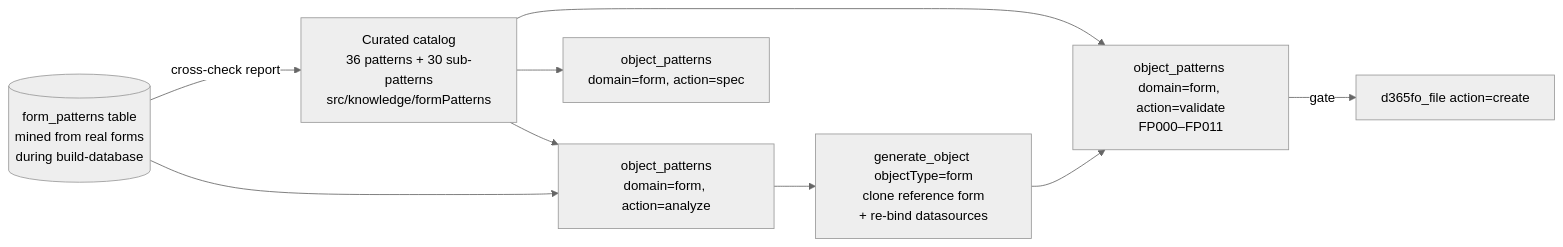
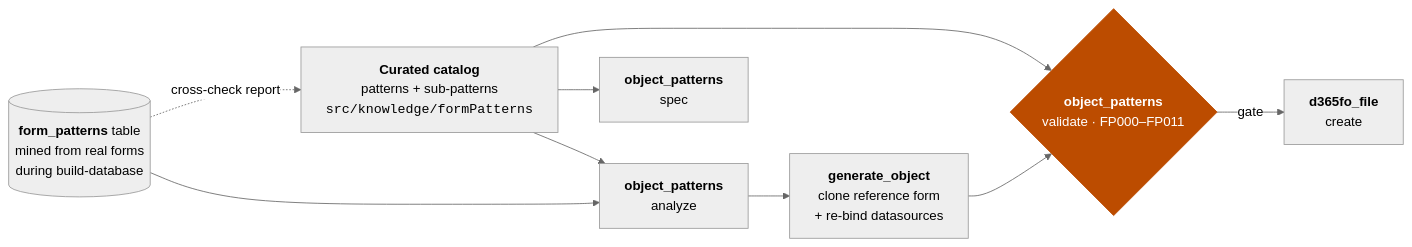
The fourth of 7 diagrams in docs/ARCHITECTURE.md (dynamics365ninja/d365fo-mcp-server), drawn with Mermaid (neutral theme) before and after one commit. The commit also changed other lines of this file and 24 other files, not shown here.

First line of the commit message:
docs: rework README and docs layout, redraw broken diagrams

````diff
--- a/docs/ARCHITECTURE.md
+++ b/docs/ARCHITECTURE.md
@@ -104,11 +148,19 @@
 ```mermaid
 flowchart LR
-    CAT["Curated catalog\n36 patterns + 30 sub-patterns\nsrc/knowledge/formPatterns"] --> ADV[object_patterns\ndomain=form, action=analyze]
-    CAT --> SPEC[object_patterns\ndomain=form, action=spec]
-    CAT --> VAL[object_patterns domain=form, action=validate\nFP000–FP011]
-    MINE[("form_patterns table\nmined from real forms\nduring build-database")] --> ADV
-    MINE -->|cross-check report| CAT
-    ADV --> GEN["generate_object objectType=form\nclone reference form\n+ re-bind datasources"]
-    GEN --> VAL
-    VAL -->|gate| WRITE[d365fo_file action=create]
+    CAT["<b>Curated catalog</b><br/>patterns + sub-patterns<br/><code>src/knowledge/formPatterns</code>"]
+    MINE[("<b>form_patterns</b> table<br/>mined from real forms<br/>during build-database")]
+    ADV["<b>object_patterns</b><br/>analyze"]
+    SPEC["<b>object_patterns</b><br/>spec"]
+    GEN["<b>generate_object</b><br/>clone reference form<br/>+ re-bind datasources"]
+    VAL{"<b>object_patterns</b><br/>validate · FP000–FP011"}
+    WRITE["<b>d365fo_file</b><br/>create"]
+
+    CAT --> ADV & SPEC & VAL
+    MINE --> ADV
+    MINE -. "cross-check report" .-> CAT
+    ADV --> GEN --> VAL
+    VAL -- "gate" --> WRITE
+
+    classDef gate fill:#bc4c00,stroke:#bc4c00,color:#ffffff
+    class VAL gate
 ```
````
